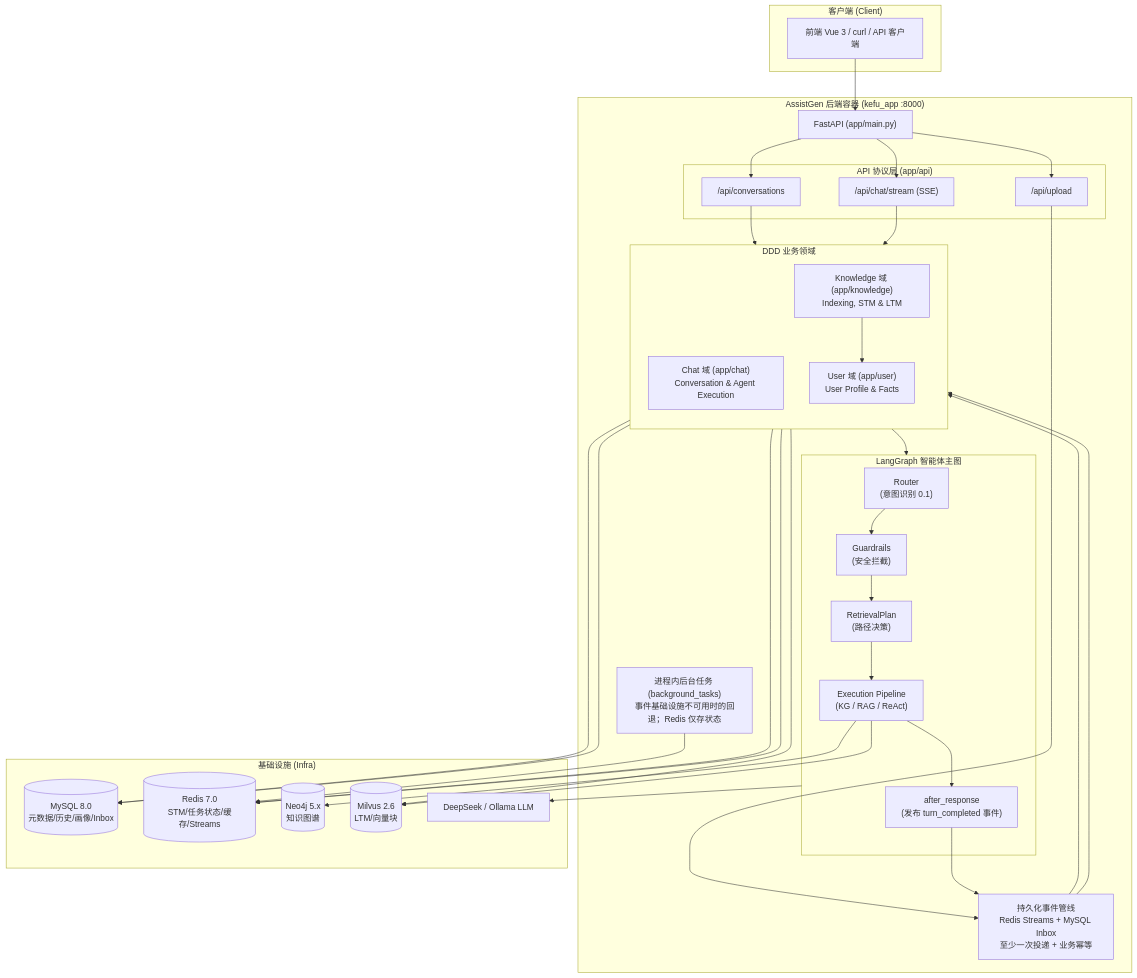
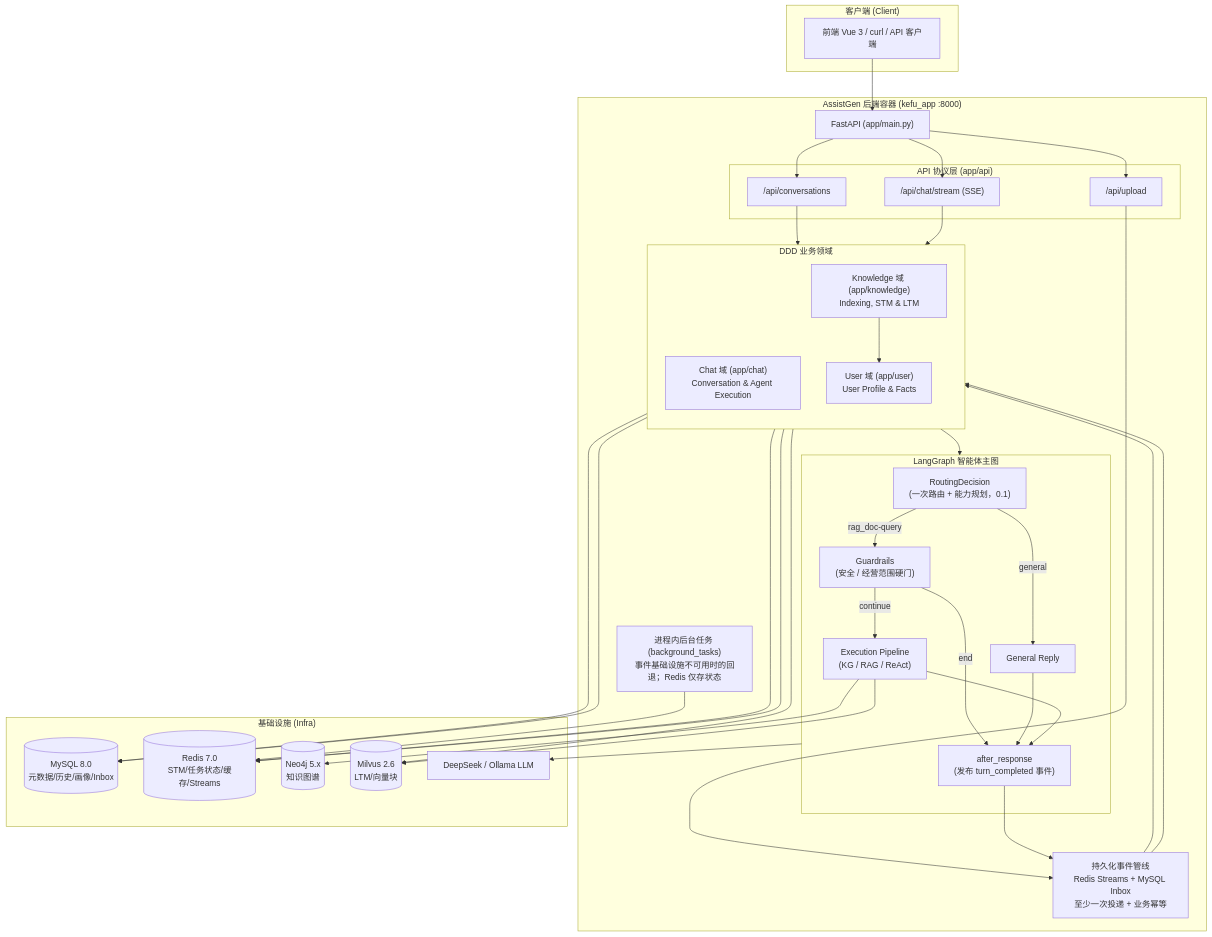
One commit to bitladykiller/- changed the diagram in README.md. Above: the diagram before and after it, drawn with Mermaid. The commit also changed other lines of this file and 19 other files, not shown here.

````diff
--- a/README.md
+++ b/README.md
@@ -10,56 +10,58 @@
 ```mermaid
 flowchart TB
     subgraph Client["客户端 (Client)"]
         FE["前端 Vue 3 / curl / API 客户端"]
     end
 
     subgraph AppContainer["AssistGen 后端容器 (kefu_app :8000)"]
         API["FastAPI (app/main.py)"]
         
         subgraph APILayer["API 协议层 (app/api)"]
             CAPI["/api/conversations"]
             UAPI["/api/upload"]
             LAPI["/api/chat/stream (SSE)"]
         end
 
         subgraph DDDDomain["DDD 业务领域"]
             direction TB
             CS["Chat 域 (app/chat)\nConversation & Agent Execution"]
             KS["Knowledge 域 (app/knowledge)\nIndexing, STM & LTM"]
             US["User 域 (app/user)\nUser Profile & Facts"]
         end
 
         subgraph AgentGraph["LangGraph 智能体主图"]
-            Router["Router\n(意图识别 0.1)"] --> Guard["Guardrails\n(安全拦截)"]
-            Guard --> Plan["RetrievalPlan\n(路径决策)"]
-            Plan --> Exec["Execution Pipeline\n(KG / RAG / ReAct)"]
+            Decision["RoutingDecision\n(一次路由 + 能力规划，0.1)"] -->|general| General["General Reply"]
+            Decision -->|rag_doc-query| Guard["Guardrails\n(安全 / 经营范围硬门)"]
+            Guard -->|continue| Exec["Execution Pipeline\n(KG / RAG / ReAct)"]
+            Guard -->|end| After["after_response\n(发布 turn_completed 事件)"]
+            General --> After
             Exec --> After["after_response\n(发布 turn_completed 事件)"]
         end
 
         EQ["持久化事件管线\nRedis Streams + MySQL Inbox\n至少一次投递 + 业务幂等"]
         TQ["进程内后台任务 (background_tasks)\n事件基础设施不可用时的回退；Redis 仅存状态"]
     end
 
     subgraph Infrastructure["基础设施 (Infra)"]
         MY[(MySQL 8.0\n元数据/历史/画像/Inbox)]
         RD[(Redis 7.0\nSTM/任务状态/缓存/Streams)]
         NJ[(Neo4j 5.x\n知识图谱)]
         MV[(Milvus 2.6\nLTM/向量块)]
         LLM[DeepSeek / Ollama LLM]
     end
 
     FE --> API
     API --> CAPI & UAPI & LAPI
     CAPI --> CS --> MY
     UAPI --> EQ
     LAPI --> CS --> AgentGraph
     AgentGraph --> LLM
     Exec --> NJ & MV
     After --> EQ
     EQ --> CS
     EQ --> KS
     KS --> US
     KS --> RD & MV
     US --> MY & RD
     TQ --> RD
 ```
````
